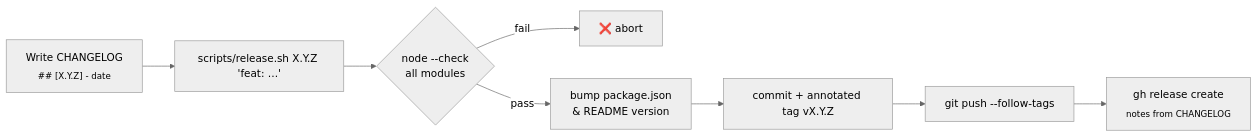
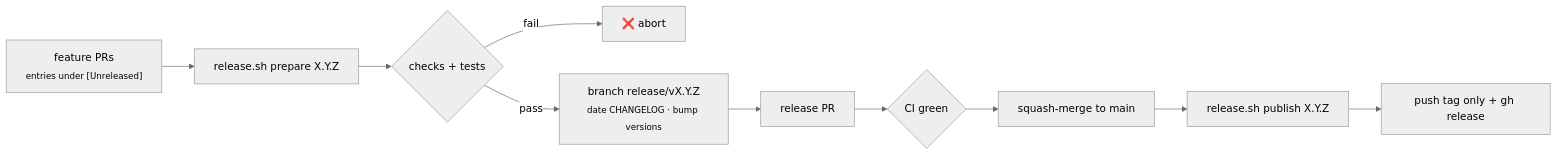
Before and after one commit to iiogurt/Optica_Viva: the fifth of 5 diagrams in README.md, drawn with Mermaid (neutral theme). The commit also changed other lines of this file and 4 other files, not shown here.

First line of the commit message:
ci(release): release through pull requests; never push to main (#7)

````diff
--- a/README.md
+++ b/README.md
@@ -574,10 +574,9 @@
 ```mermaid
 flowchart LR
-    A["Write CHANGELOG<br/><sub>## [X.Y.Z] - date</sub>"] --> B["scripts/release.sh X.Y.Z 'feat: …'"]
-    B --> C{"node --check<br/>all modules"}
+    A["feature PRs<br/><sub>entries under [Unreleased]</sub>"] --> B["release.sh prepare X.Y.Z"]
+    B --> C{"checks + tests"}
     C -- fail --> X["❌ abort"]
-    C -- pass --> D["bump package.json<br/>& README version"]
-    D --> E["commit + annotated tag vX.Y.Z"]
-    E --> F["git push --follow-tags"]
-    F --> G["gh release create<br/><sub>notes from CHANGELOG</sub>"]
+    C -- pass --> D["branch release/vX.Y.Z<br/><sub>date CHANGELOG · bump versions</sub>"]
+    D --> E["release PR"] --> F{"CI green"} --> G["squash-merge to main"]
+    G --> H["release.sh publish X.Y.Z"] --> I["push tag only + gh release"]
 ```
````
